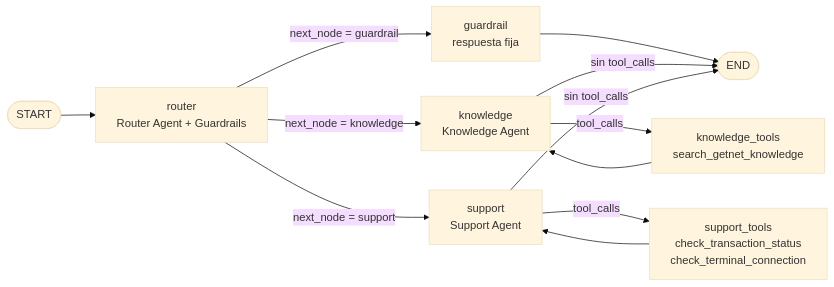
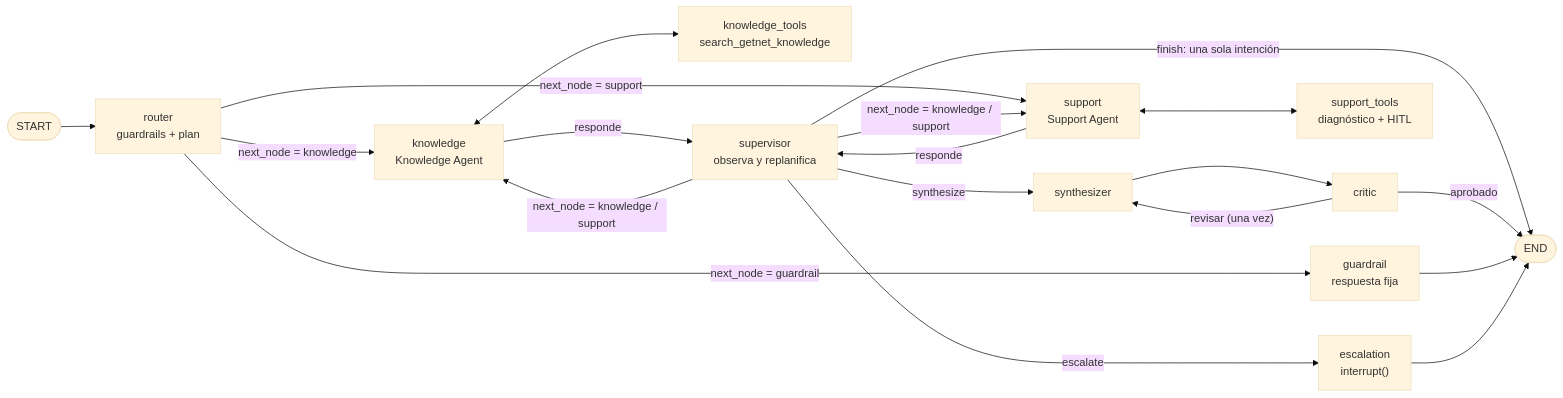
The first of 2 diagrams in README.md (Belzebro/multiagent-challenge), drawn with Mermaid (base theme) before and after one commit. The commit also changed other lines of this file and 12 other files, not shown here.

````diff
--- a/README.md
+++ b/README.md
@@ -325,14 +328,21 @@
 ```mermaid
 flowchart LR
-    S([START]) --> R["router<br/>Router Agent + Guardrails"]
+    S([START]) --> R["router<br/>guardrails + plan"]
     R -- "next_node = guardrail" --> G["guardrail<br/>respuesta fija"]
     R -- "next_node = knowledge" --> K["knowledge<br/>Knowledge Agent"]
     R -- "next_node = support" --> SU["support<br/>Support Agent"]
-    K -- "tool_calls" --> KT["knowledge_tools<br/>search_getnet_knowledge"]
-    KT --> K
-    SU -- "tool_calls" --> ST["support_tools<br/>check_transaction_status<br/>check_terminal_connection"]
-    ST --> SU
-    G --> E([END])
-    K -- "sin tool_calls" --> E
-    SU -- "sin tool_calls" --> E
+    K <--> KT["knowledge_tools<br/>search_getnet_knowledge"]
+    SU <--> ST["support_tools<br/>diagnóstico + HITL"]
+    K -- "responde" --> SV["supervisor<br/>observa y replanifica"]
+    SU -- "responde" --> SV
+    SV -- "next_node = knowledge / support" --> K
+    SV -- "next_node = knowledge / support" --> SU
+    SV -- "synthesize" --> SY["synthesizer"]
+    SY --> C["critic"]
+    C -- "revisar (una vez)" --> SY
+    SV -- "escalate" --> H["escalation<br/>interrupt()"]
+    SV -- "finish: una sola intención" --> E([END])
+    C -- "aprobado" --> E
+    G --> E
+    H --> E
 ```
````
